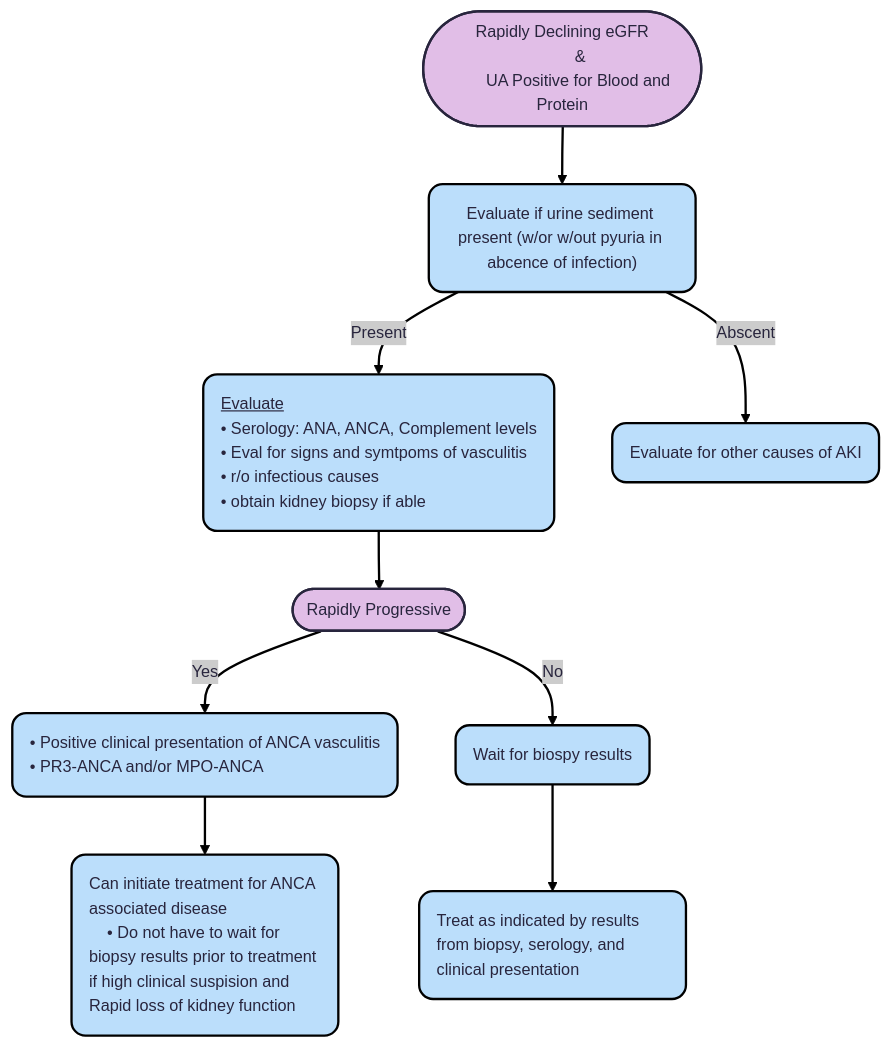
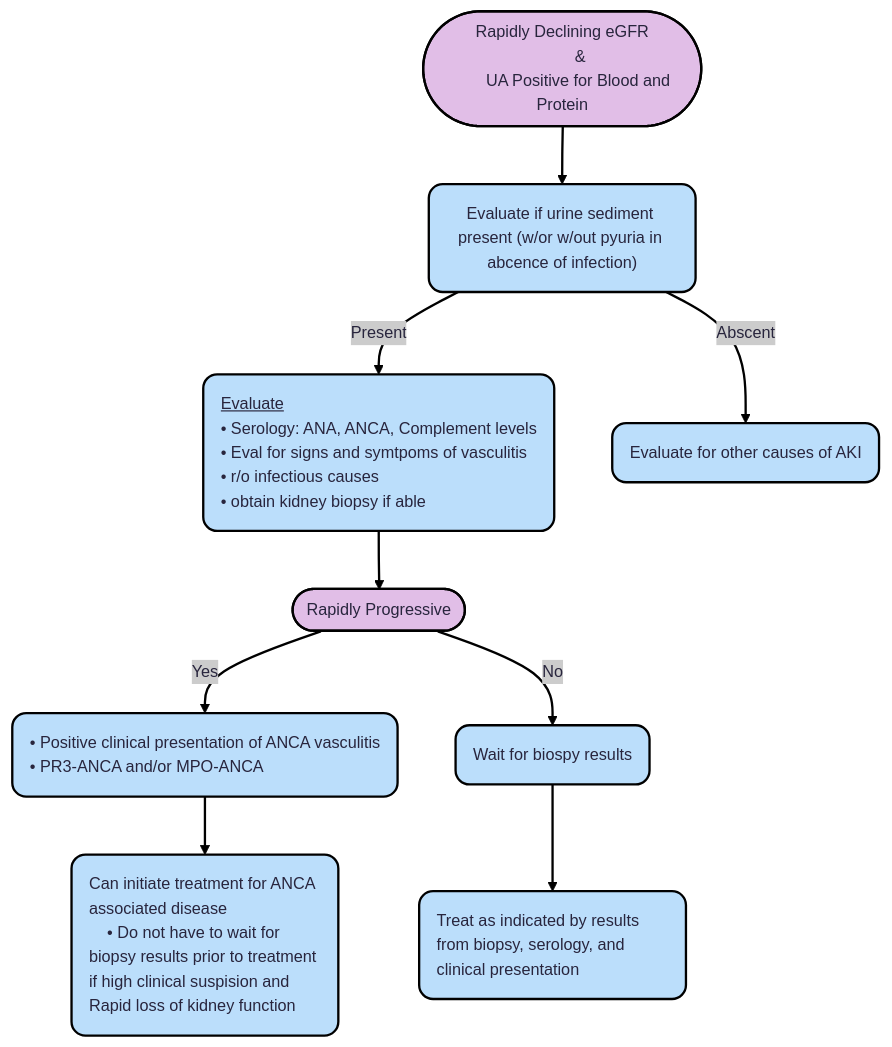
One commit to TTUNEPH2025/GN changed the first of 2 diagrams in docs/ANCA.md. Above: the diagram before and after it, drawn with Mermaid. The commit also changed other lines of this file, not shown here.

````diff
--- a/docs/ANCA.md
+++ b/docs/ANCA.md
@@ -73,39 +73,39 @@
 ```mermaid
 ---
 config:
   theme: redux
 ---
 flowchart TD
     A(["Rapidly Declining eGFR
         &
         UA Positive for Blood and Protein"]) --> n1["Evaluate if urine sediment present (w/or w/out pyuria in abcence of infection)"]
     n1 -- Present --> n2["<ins>Evaluate</ins>
     • Serology: ANA, ANCA, Complement levels
     • Eval for signs and symtpoms of vasculitis
     • r/o infectious causes
     • obtain kidney biopsy if able"]
     n1 -- Abscent --> n3["Evaluate for other causes of AKI"]
     n2 --> n4(["Rapidly Progressive"])
     n4 -- Yes --> n5["• Positive clinical presentation of ANCA vasculitis
     • PR3-ANCA and/or MPO-ANCA"]
     n4 -- No --> n6["Wait for biospy results"]
     n5 --> n7["Can initiate treatment for ANCA associated disease
     • Do not have to wait for biopsy results prior to treatment if high clinical suspision and Rapid loss of kidney function"]
     n6 --> n8["Treat as indicated by results from biopsy, serology, and clinical presentation"]
     n1@{ shape: rounded}
     n2@{ shape: rounded}
     n3@{ shape: rounded}
     n5@{ shape: rounded}
     n6@{ shape: rounded}
     n7@{ shape: rounded}
     n8@{ shape: rounded}
-    style A fill:#E1BEE7
+    style A fill:#E1BEE7,stroke:#000000
     style n1 fill:#BBDEFB,stroke:#000000
     style n2 stroke:#000000,fill:#BBDEFB,text-align:left,white-space:nowrap
     style n3 stroke:#000000,fill:#BBDEFB,text-align:left,white-space:nowrap
-    style n4 fill:#E1BEE7
+    style n4 fill:#E1BEE7,stroke:#000000
     style n5 fill:#BBDEFB,stroke:#000000,text-align:left,white-space:nowrap
     style n6 stroke:#000000,fill:#BBDEFB,text-align:left,white-space:nowrap
     style n7 fill:#BBDEFB,stroke:#000000,text-align:left
     style n8 fill:#BBDEFB,stroke:#000000,text-align:left
 ```
````
